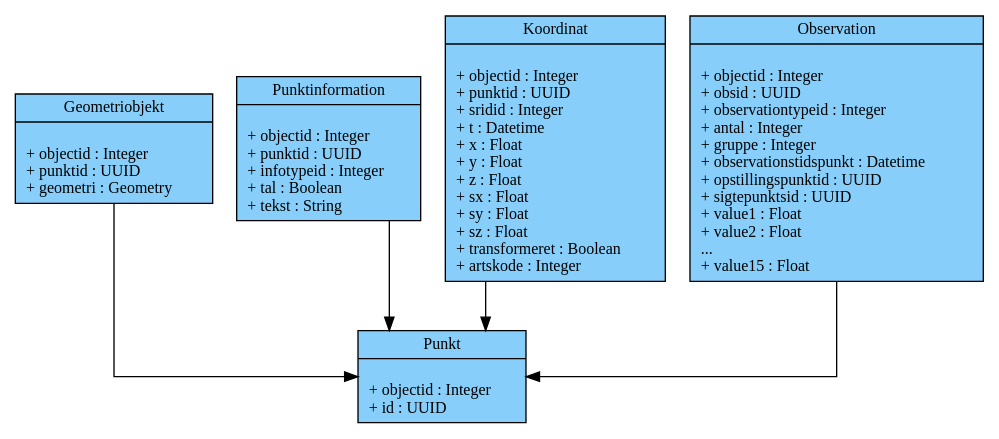
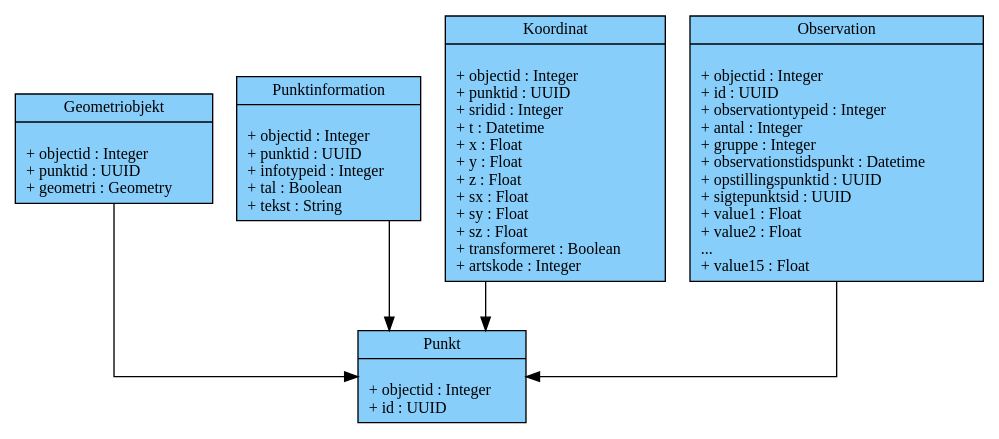
One commit to SDFIdk/FIRE changed the second of 5 diagrams in docs/datamodel.rst. Above: the diagram before and after it, drawn with Graphviz. The commit also changed 6 other files, not shown here.

```diff
--- a/docs/datamodel.rst
+++ b/docs/datamodel.rst
@@ -139,7 +139,7 @@
         Observation [
             label = "{Observation|\l
                     + objectid : Integer\l
-                    + obsid : UUID\l
+                    + id : UUID\l
                     + observationtypeid : Integer\l
                     + antal : Integer\l
                     + gruppe : Integer\l
```
